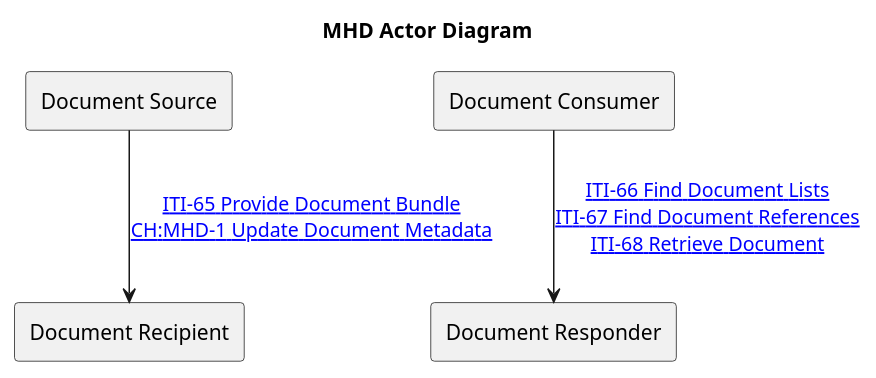
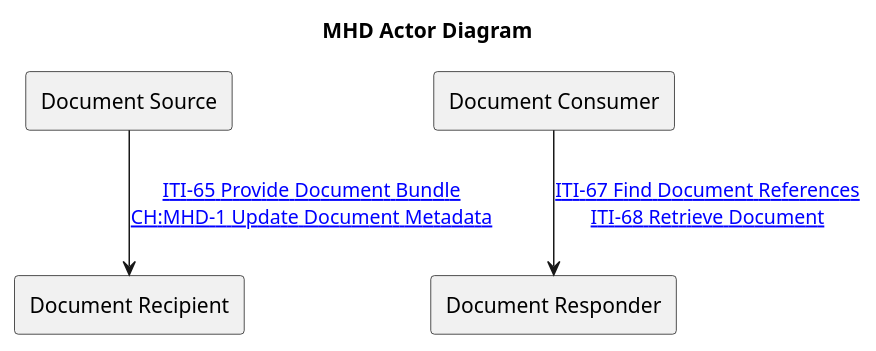
Before and after one commit to ehealthsuisse/ch-epr-fhir: the diagram in input/images-source/MHD_actor_diagram.plantuml, drawn with PlantUML. The commit also changed 12 other files, not shown here.

```diff
--- a/input/images-source/MHD_actor_diagram.plantuml
+++ b/input/images-source/MHD_actor_diagram.plantuml
@@ -1,10 +1,10 @@
 @startuml
 ' https://github.com/IHE/ITI.MHD/blob/master/input/images-source/ActorsAndTransactions.plantuml
 title MHD Actor Diagram
 agent "Document Source" as DocumentSource
 agent "Document Consumer" as DocumentConsumer
 agent "Document Responder" as DocumentResponder
 agent "Document Recipient" as DocumentRecipient
-DocumentConsumer --> DocumentResponder : "[[iti-66.html ITI-66 Find Document Lists]]\n[[ITI-67.html ITI-67 Find Document References]]\n[[iti-68.html ITI-68 Retrieve Document]]"
+DocumentConsumer --> DocumentResponder : "[[ITI-67.html ITI-67 Find Document References]]\n[[iti-68.html ITI-68 Retrieve Document]]"
 DocumentSource --> DocumentRecipient : "[[iti-65.html ITI-65 Provide Document Bundle]]\n[[ch-mhd-1.html CH:MHD-1 Update Document Metadata]]"
 @enduml
```
